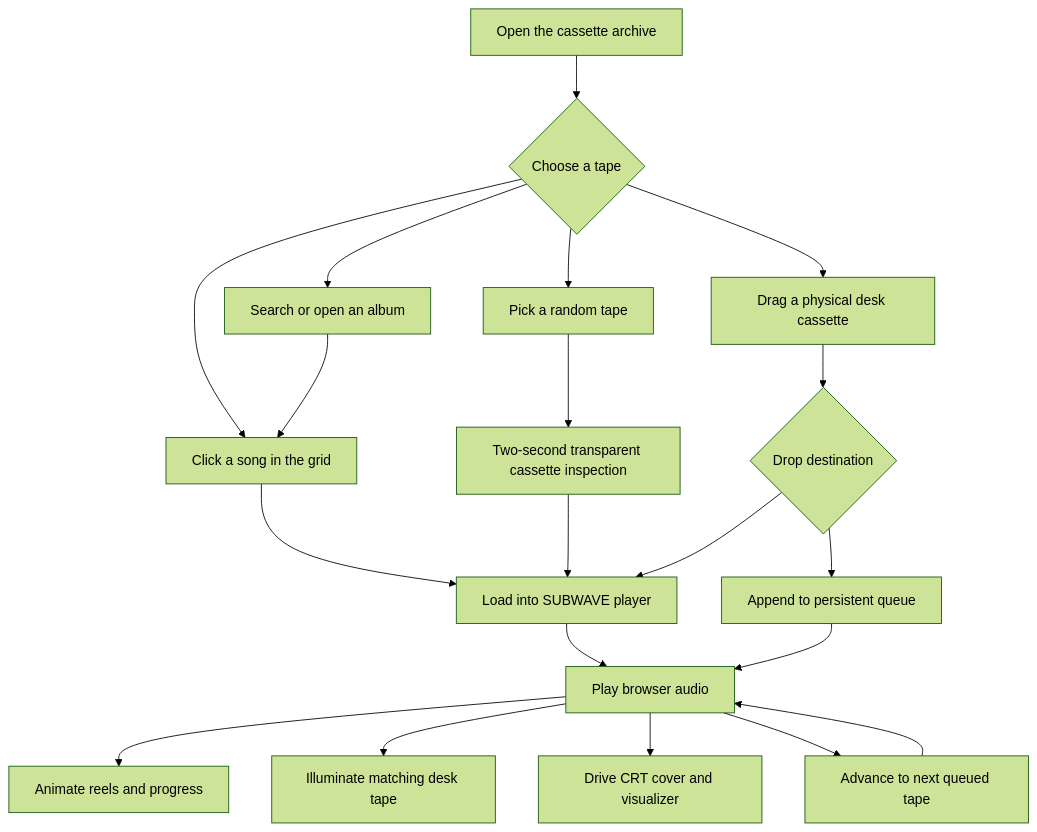
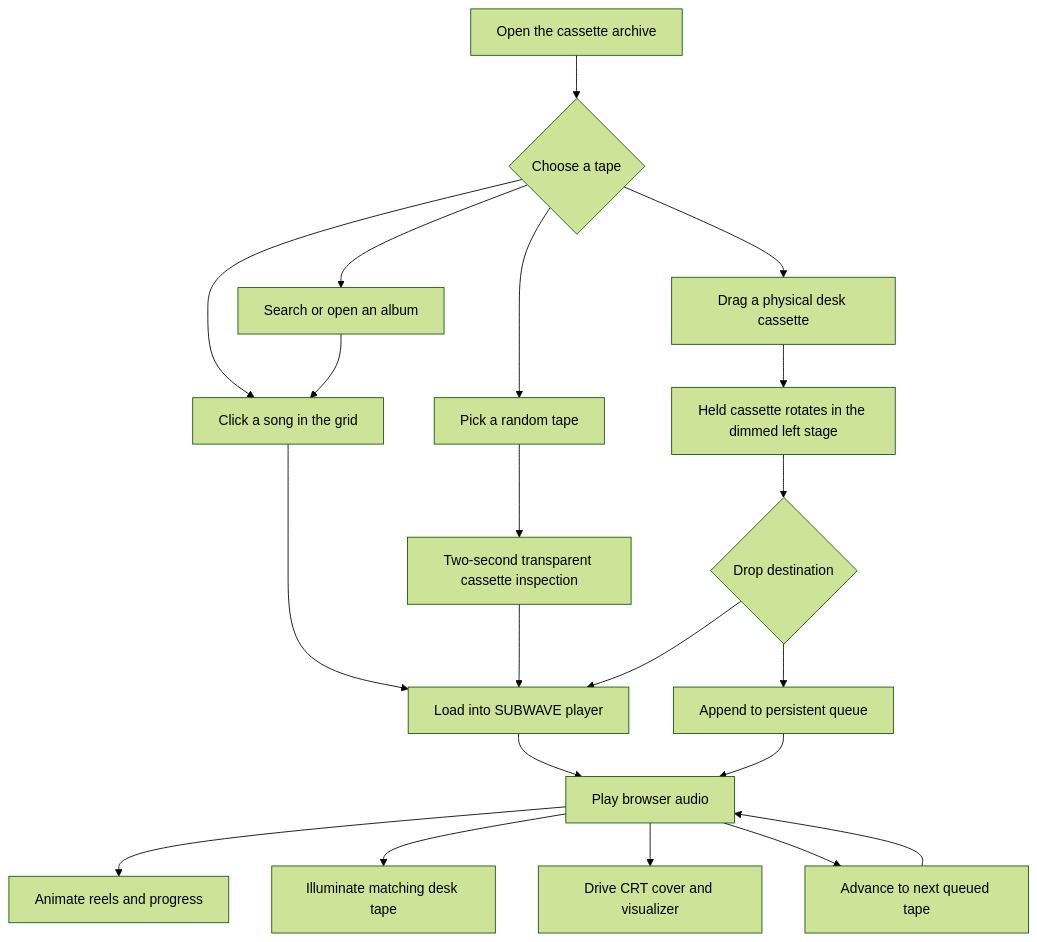
The first of 2 diagrams in docs/website.md (Zanark/SubwooferLullabies), drawn with Mermaid (forest theme) before and after one commit. The commit also changed other lines of this file and 3 other files, not shown here.

````diff
--- a/docs/website.md
+++ b/docs/website.md
@@ -16,38 +16,40 @@
 ```mermaid
 flowchart TB
     A[Open the cassette archive]
     B{Choose a tape}
     C[Search or open an album]
     D[Click a song in the grid]
     E[Pick a random tape]
     F[Drag a physical desk cassette]
     G[Two-second transparent cassette inspection]
+    P[Held cassette rotates in the dimmed left stage]
     H{Drop destination}
     I[Load into SUBWAVE player]
     J[Append to persistent queue]
     K[Play browser audio]
     L[Animate reels and progress]
     M[Illuminate matching desk tape]
     N[Drive CRT cover and visualizer]
     O[Advance to next queued tape]
 
     A --> B
     B --> C
     B --> D
     B --> E
     B --> F
     C --> D
     D --> I
     E --> G
-    F --> H
+    F --> P
+    P --> H
     G --> I
     H --> I
     H --> J
     I --> K
     J --> K
     K --> L
     K --> M
     K --> N
     K --> O
     O --> K
 ```
````
